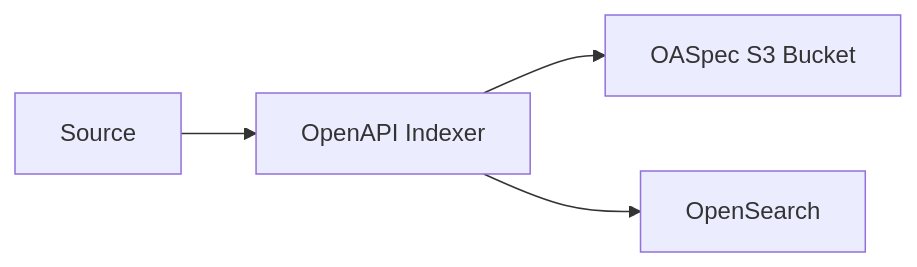
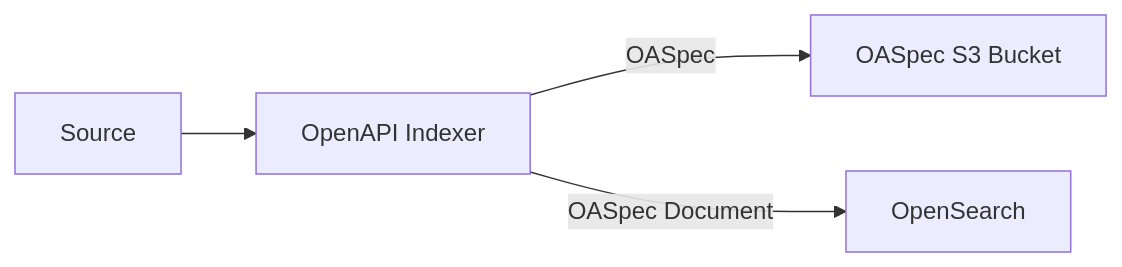
The first of 2 diagrams in apps/slaops-cloud/src/openapi-indexer/README.md (derrickfutschik/derrops-lib), drawn with Mermaid before and after one commit. The commit also changed other lines of this file and 4 other files, not shown here.

````diff
--- a/apps/slaops-cloud/src/openapi-indexer/README.md
+++ b/apps/slaops-cloud/src/openapi-indexer/README.md
@@ -27,13 +27,13 @@
 ```mermaid
 flowchart LR
 
     S[Source]
     I[OpenAPI Indexer]
     OAS[OASpec S3 Bucket]
     OS[OpenSearch]
 
     S --> I
-    I --> OAS
-    I --> OS
+    I -->|OASpec| OAS
+    I -->|OASpec Document| OS
 
 ```
````
